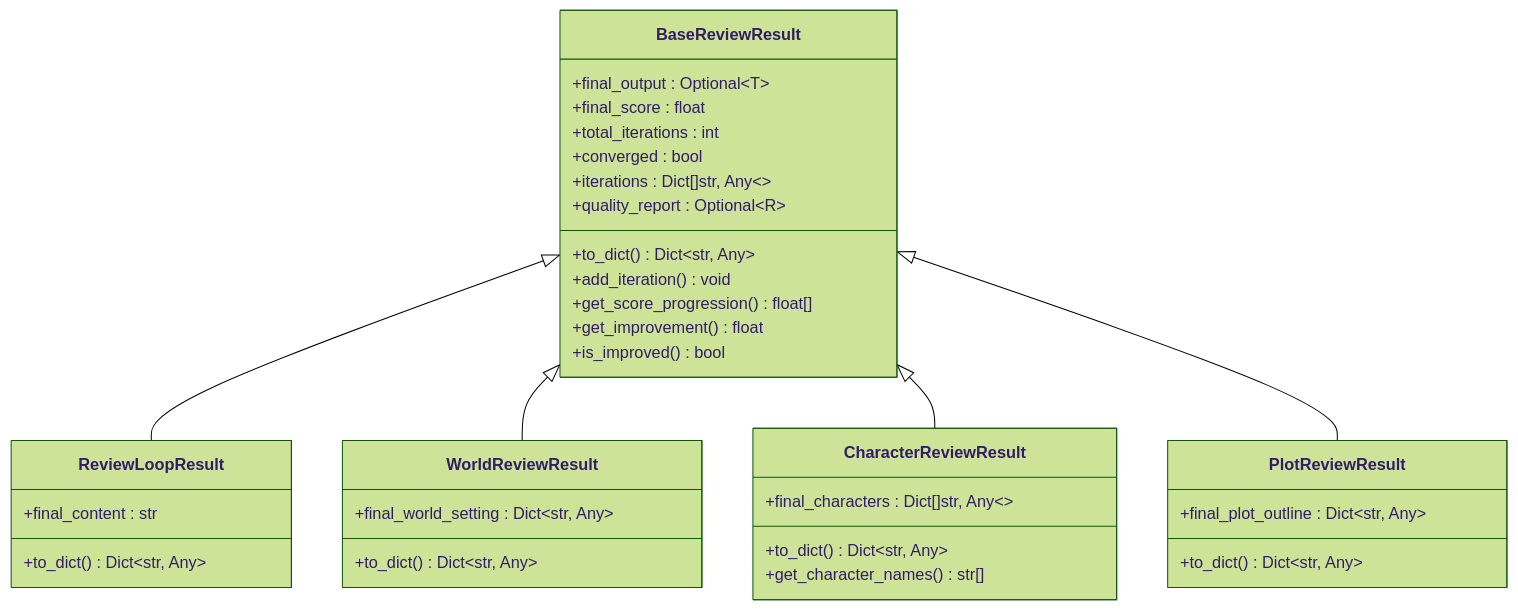
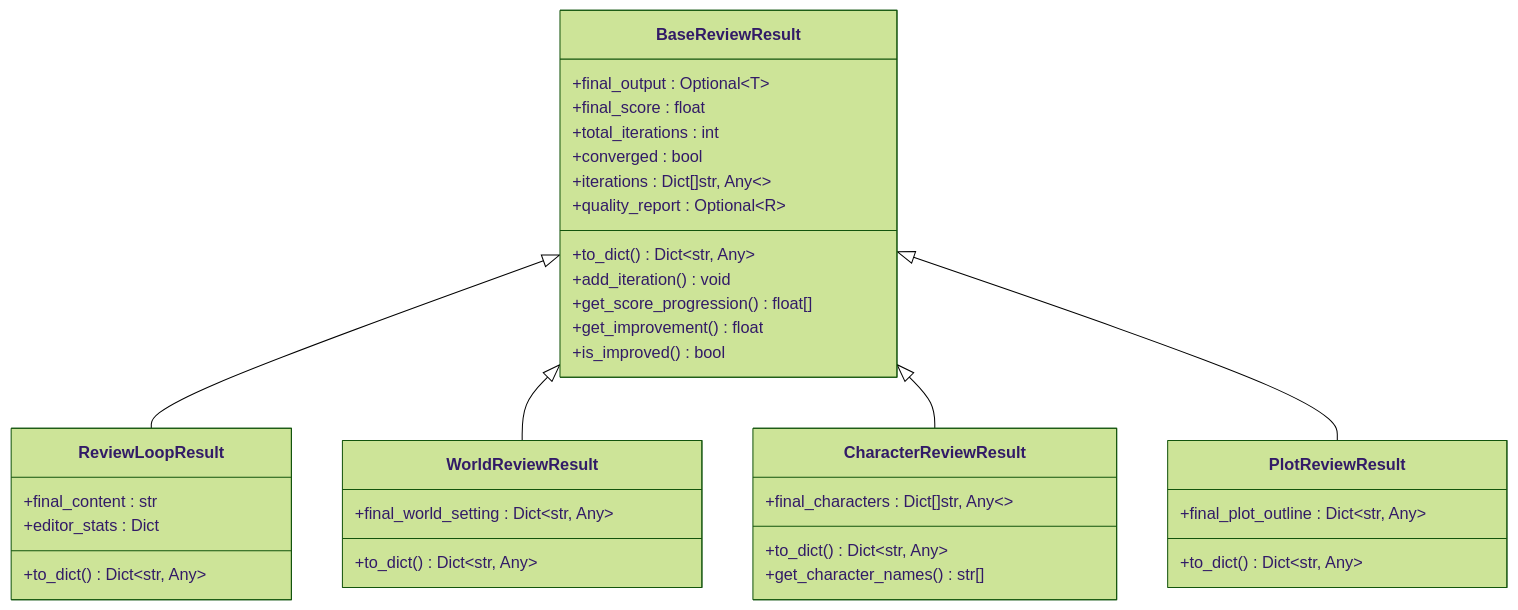
One commit to xfbyxq/ai-novel-system changed the fifth of 12 diagrams in .qoder/repowiki/zh/content/AI智能体系统/AI智能体系统.md. Above: the diagram before and after it, drawn with Mermaid (forest theme). The commit also changed other lines of this file and 84 other files, not shown here.

````diff
--- a/.qoder/repowiki/zh/content/AI智能体系统/AI智能体系统.md
+++ b/.qoder/repowiki/zh/content/AI智能体系统/AI智能体系统.md
@@ -322,37 +377,38 @@
 ```mermaid
 classDiagram
 class BaseReviewResult {
 +final_output : Optional~T~
 +final_score : float
 +total_iterations : int
 +converged : bool
 +iterations : Dict[]str, Any~~
 +quality_report : Optional~R~
 +to_dict() Dict~str, Any~
 +add_iteration() void
 +get_score_progression() float[]
 +get_improvement() float
 +is_improved() bool
 }
 class ReviewLoopResult {
 +final_content : str
++editor_stats : Dict
 +to_dict() Dict~str, Any~
 }
 class WorldReviewResult {
 +final_world_setting : Dict~str, Any~
 +to_dict() Dict~str, Any~
 }
 class CharacterReviewResult {
 +final_characters : Dict[]str, Any~~
 +to_dict() Dict~str, Any~
 +get_character_names() str[]
 }
 class PlotReviewResult {
 +final_plot_outline : Dict~str, Any~
 +to_dict() Dict~str, Any~
 }
 BaseReviewResult <|-- ReviewLoopResult
 BaseReviewResult <|-- WorldReviewResult
 BaseReviewResult <|-- CharacterReviewResult
 BaseReviewResult <|-- PlotReviewResult
 ```
````
